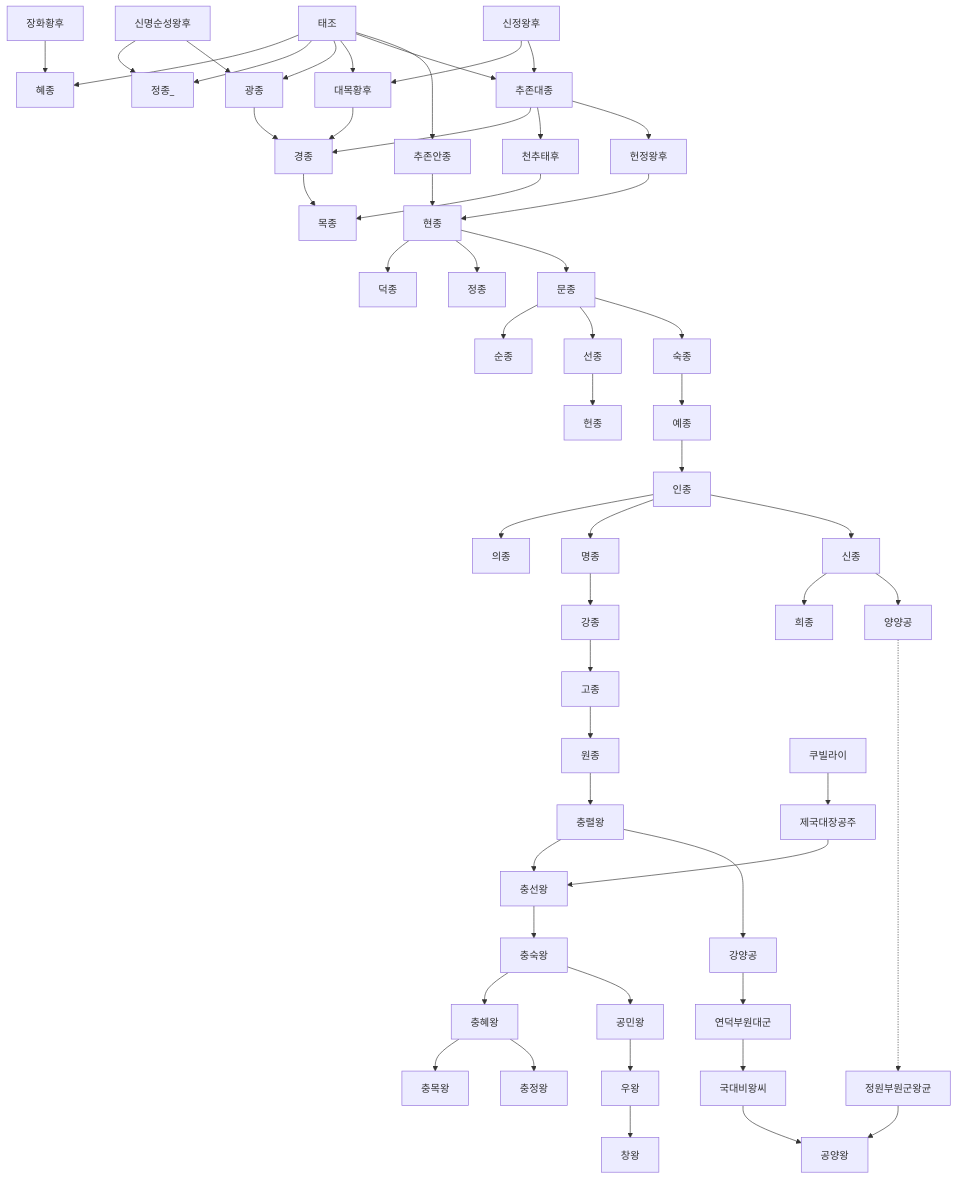
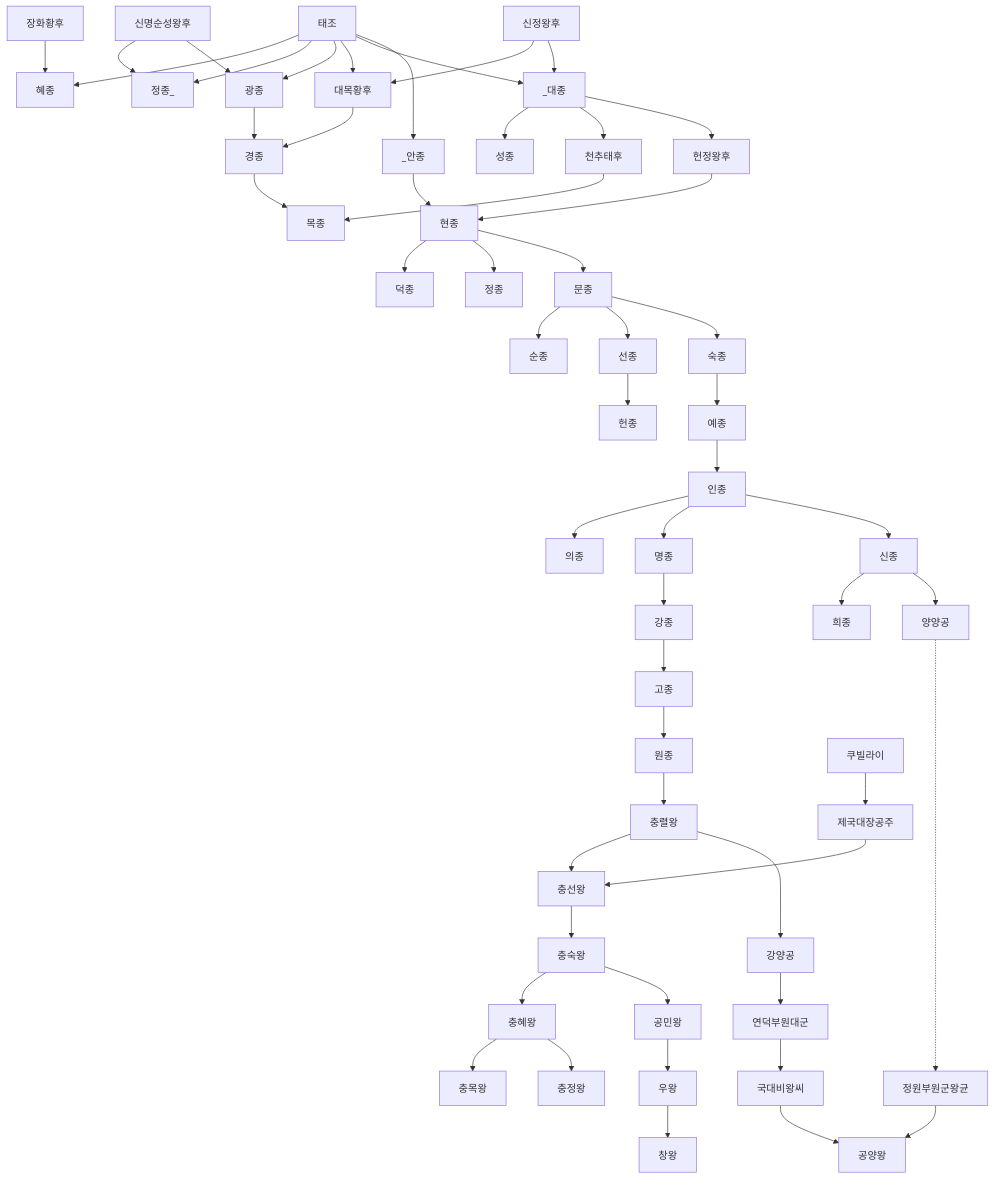
Before and after one commit to daewonyoon/historigram: the third of 3 diagrams in 한국사/고려왕조_가계도_전체.md, drawn with Mermaid. The commit also changed other lines of this file, not shown here.

````diff
--- a/한국사/고려왕조_가계도_전체.md
+++ b/한국사/고려왕조_가계도_전체.md
@@ -72,28 +81,28 @@
 ```mermaid
 graph TD
 
 태조 --> 혜종 
 장화황후 --> 혜종
 태조 --> 정종_
 신명순성왕후 --> 정종_
 신명순성왕후 --> 광종
-태조 --> 광종 --> 경종
+태조 --> 광종 --> 경종 --> 목종
 태조 --> 대목황후 --> 경종
 신정왕후 --> 대목황후
-태조 --> 추존대종 --> 경종 --> 목종
-신정왕후 --> 추존대종 --> 천추태후 --> 목종
-추존대종 --> 헌정왕후
-태조 ---> 추존안종 --> 현종 --> 덕종
+태조 --> _대종 --> 성종
+신정왕후 --> _대종 --> 천추태후 --> 목종
+_대종 --> 헌정왕후
+태조 ---> _안종 --> 현종 --> 덕종
 헌정왕후 --> 현종 --> 정종
 현종 --> 문종 --> 순종
 문종 --> 선종 --> 헌종 
 문종 --> 숙종 --> 예종 --> 인종 --> 의종 
 인종 --> 명종
 인종 --> 신종 --> 희종 
 명종 --> 강종 --> 고종 --> 원종 --> 충렬왕 --> 충선왕
 쿠빌라이 --> 제국대장공주 --> 충선왕 --> 충숙왕 --> 충혜왕 --> 충목왕
 충혜왕 --> 충정왕
 충숙왕 --> 공민왕 --> 우왕 --> 창왕
 신종 --> 양양공 -.......-> 정원부원군왕균 --> 공양왕
 충렬왕 --> 강양공 --> 연덕부원대군 --> 국대비왕씨 --> 공양왕
 ```
````
